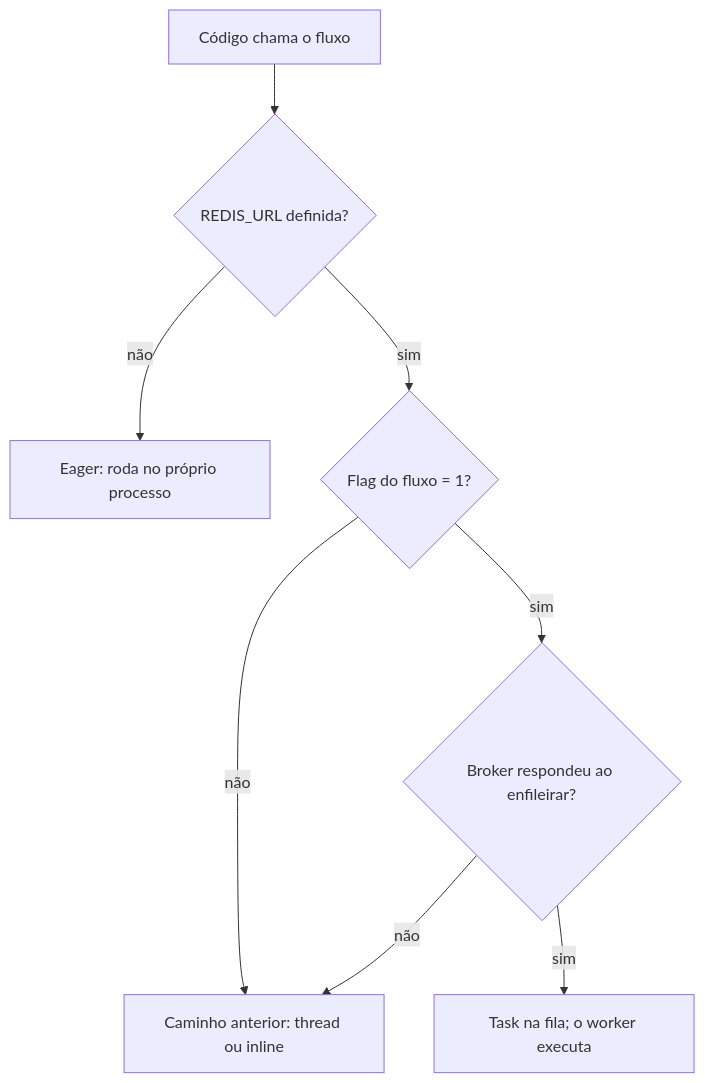
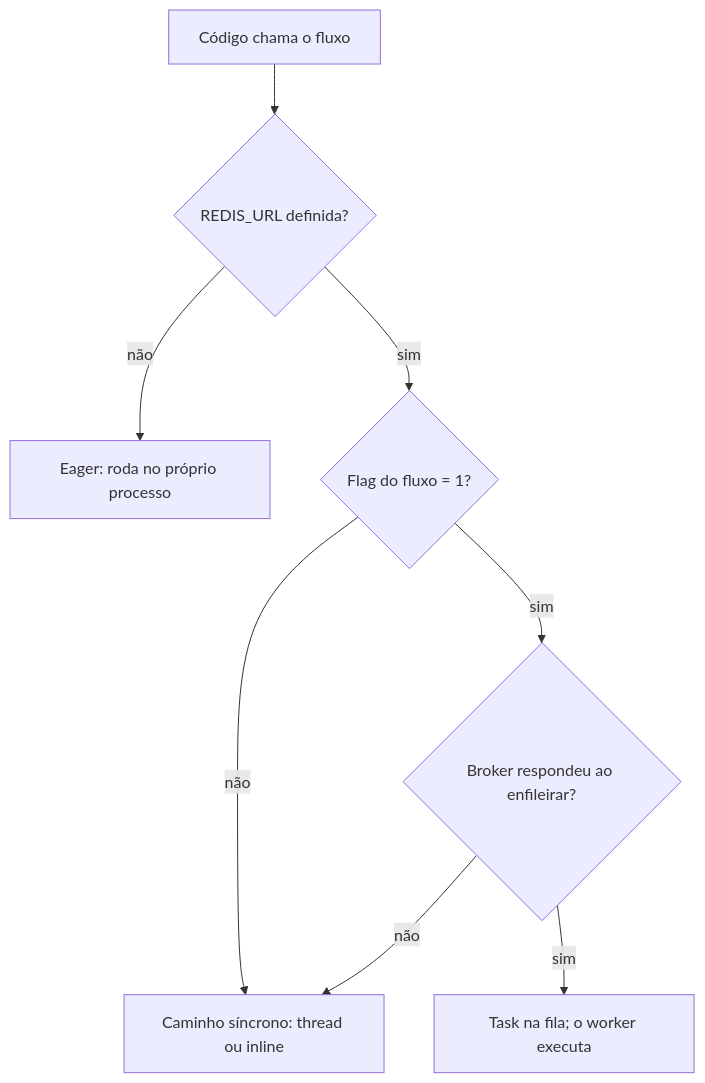
One commit to aliverso01/mintlify-docs changed the diagram in plataforma/filas-e-celery.mdx. Above: the diagram before and after it, drawn with Mermaid. The commit also changed other lines of this file and 21 other files, not shown here.

````diff
--- a/plataforma/filas-e-celery.mdx
+++ b/plataforma/filas-e-celery.mdx
@@ -11,10 +11,10 @@
 ```mermaid
 flowchart TD
     A["Código chama o fluxo"] --> B{"REDIS_URL definida?"}
     B -- não --> E["Eager: roda no próprio processo"]
     B -- sim --> C{"Flag do fluxo = 1?"}
-    C -- não --> F["Caminho anterior: thread ou inline"]
+    C -- não --> F["Caminho síncrono: thread ou inline"]
     C -- sim --> D{"Broker respondeu ao enfileirar?"}
     D -- não --> F
     D -- sim --> G["Task na fila; o worker executa"]
 ```
````
